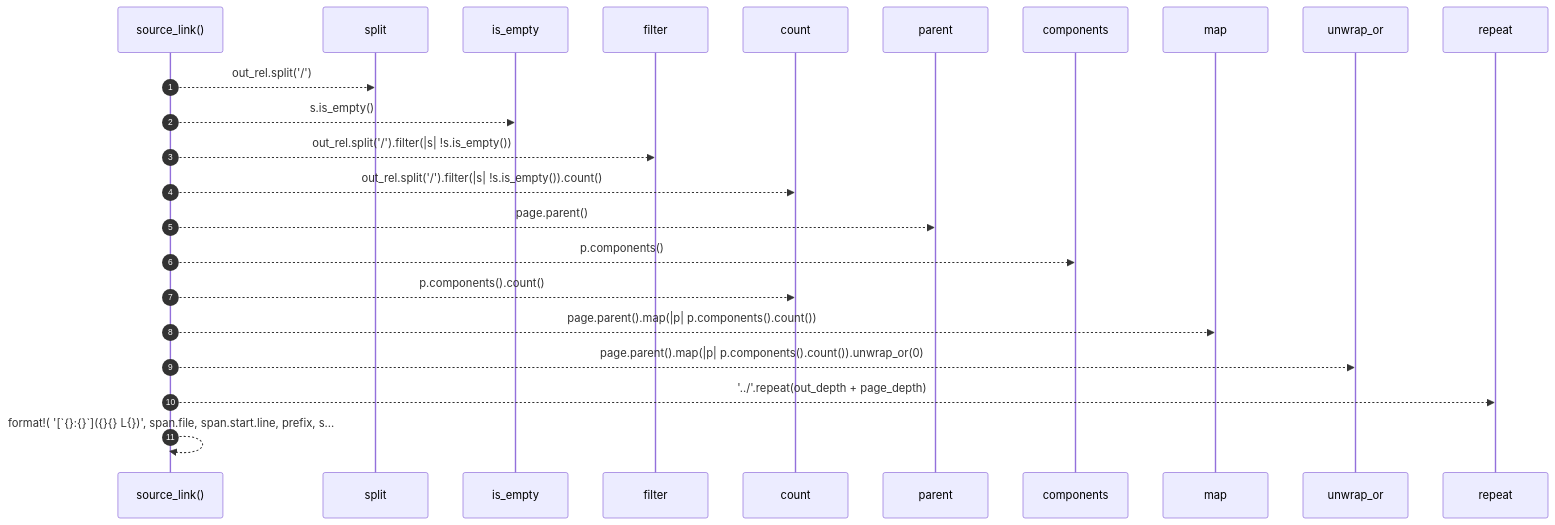
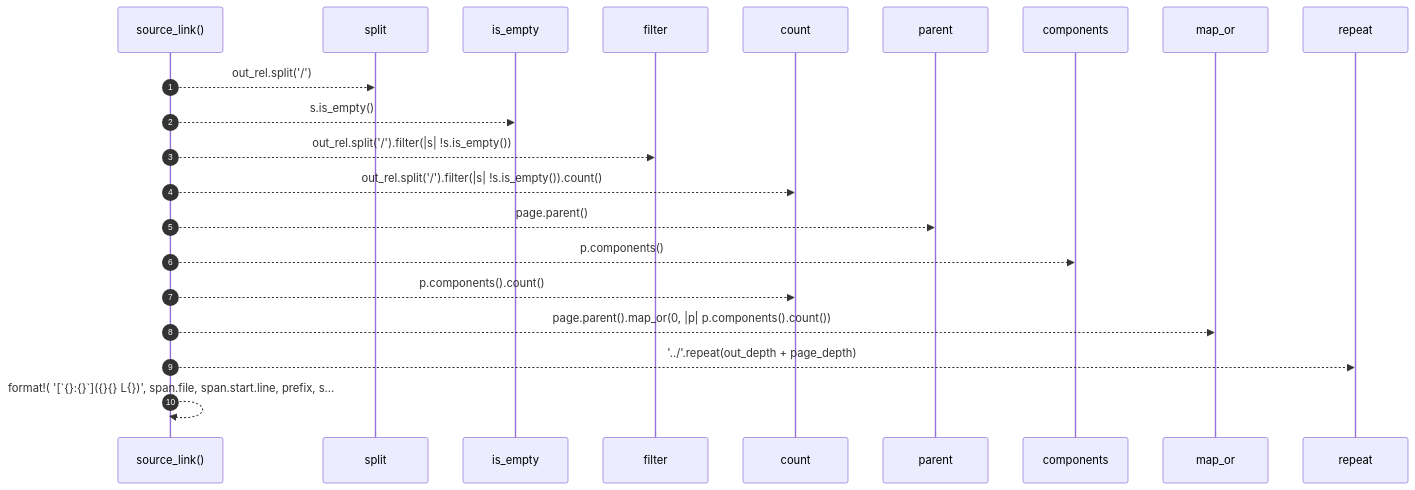
The diagram in docs/self-model/robby_render/tree/source-link.md (RyanGuild/self-describing-code), drawn with Mermaid before and after one commit. The commit also changed other lines of this file and 747 other files, not shown here.

````diff
--- a/docs/self-model/robby_render/tree/source-link.md
+++ b/docs/self-model/robby_render/tree/source-link.md
@@ -27,25 +27,23 @@
 ```mermaid
 sequenceDiagram
     autonumber
     participant source_link as source_link()
     participant split as split
     participant is_empty as is_empty
     participant filter as filter
     participant count as count
     participant parent as parent
     participant components as components
-    participant map as map
-    participant unwrap_or as unwrap_or
+    participant map_or as map_or
     participant repeat as repeat
     source_link-->>split: out_rel.split('/')
     source_link-->>is_empty: s.is_empty()
     source_link-->>filter: out_rel.split('/').filter(|s| !s.is_empty())
     source_link-->>count: out_rel.split('/').filter(|s| !s.is_empty()).count()
     source_link-->>parent: page.parent()
     source_link-->>components: p.components()
     source_link-->>count: p.components().count()
-    source_link-->>map: page.parent().map(|p| p.components().count())
-    source_link-->>unwrap_or: page.parent().map(|p| p.components().count()).unwrap_or(0)
+    source_link-->>map_or: page.parent().map_or(0, |p| p.components().count())
     source_link-->>repeat: '../'.repeat(out_depth + page_depth)
     source_link-->>source_link: format!( '[`{}:{}`]({}{} L{})', span.file, span.start.line, prefix, s...
 ```
````
